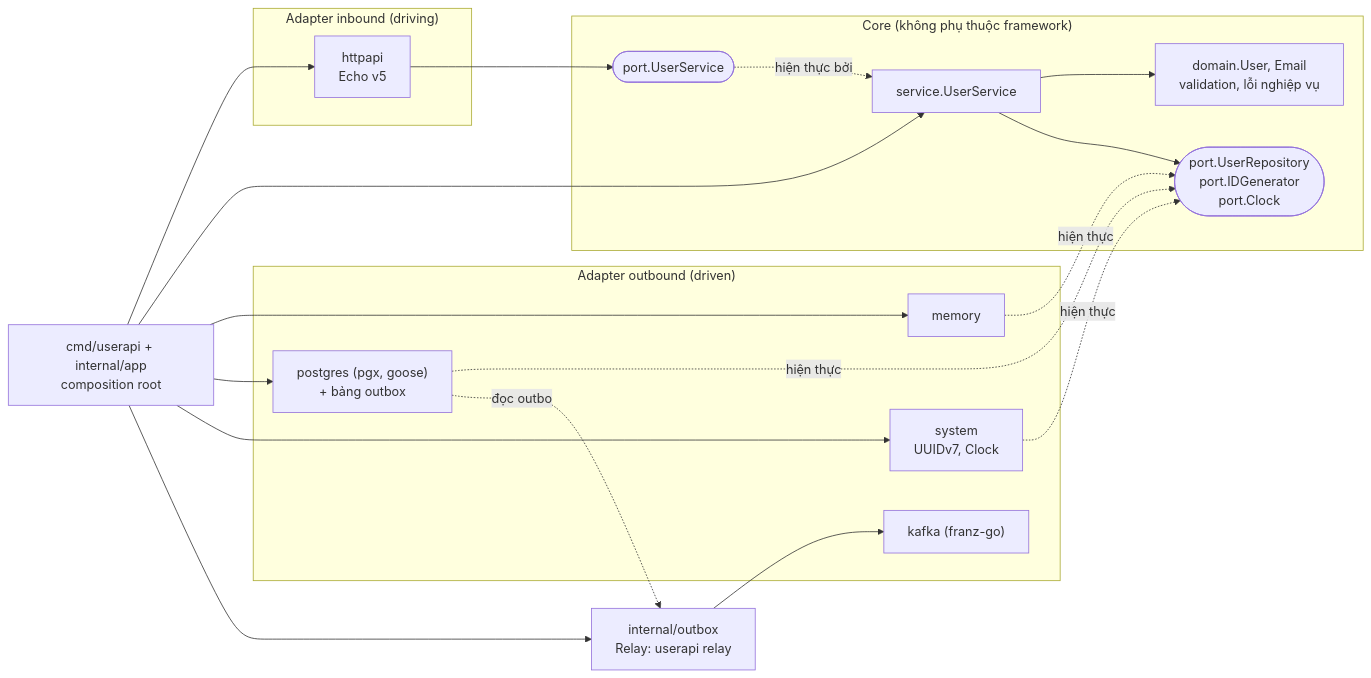
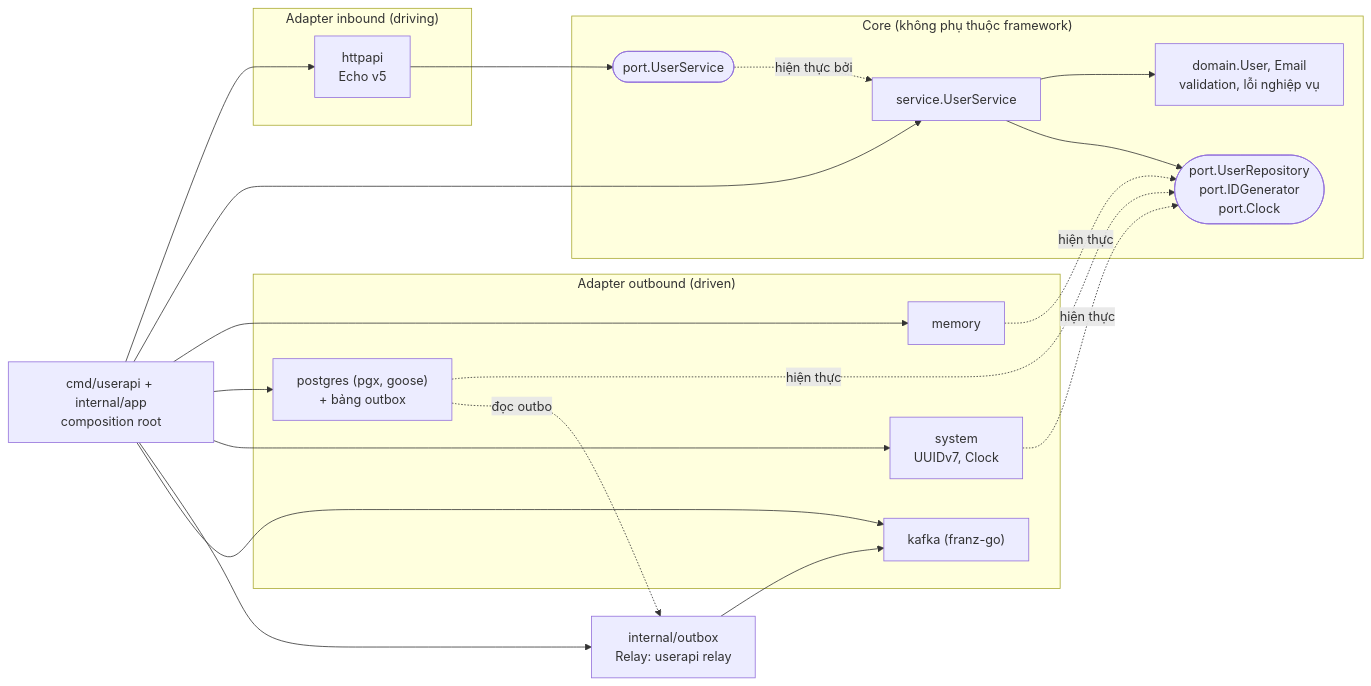
Before and after one commit to lannguyenit598/go-hexa-template: the diagram in docs/architecture.md, drawn with Mermaid. The commit also changed other lines of this file and 27 other files, not shown here.

````diff
--- a/docs/architecture.md
+++ b/docs/architecture.md
@@ -7,29 +7,29 @@
 ```mermaid
 flowchart LR
     subgraph Inbound["Adapter inbound (driving)"]
         HTTP["httpapi<br/>Echo v5"]
     end
     subgraph Core["Core (không phụ thuộc framework)"]
         IP(["port.UserService"])
         SVC["service.UserService"]
         DOM["domain.User, Email<br/>validation, lỗi nghiệp vụ"]
         OP(["port.UserRepository<br/>port.IDGenerator<br/>port.Clock"])
     end
     subgraph Outbound["Adapter outbound (driven)"]
         MEM["memory"]
         PG["postgres (pgx, goose)<br/>+ bảng outbox"]
         SYS["system<br/>UUIDv7, Clock"]
         KAFKA["kafka (franz-go)"]
     end
     RELAY["internal/outbox<br/>Relay: userapi relay"]
     HTTP --> IP
     IP -.hiện thực bởi.-> SVC
     SVC --> DOM
     SVC --> OP
     MEM -.hiện thực.-> OP
     PG -.hiện thực.-> OP
     SYS -.hiện thực.-> OP
     PG -.đọc outbox.-> RELAY
     RELAY --> KAFKA
-    ROOT["cmd/userapi + internal/app<br/>composition root"] --> HTTP & SVC & MEM & PG & SYS & RELAY
+    ROOT["cmd/userapi + internal/app<br/>composition root"] --> HTTP & SVC & MEM & PG & SYS & RELAY & KAFKA
 ```
````
